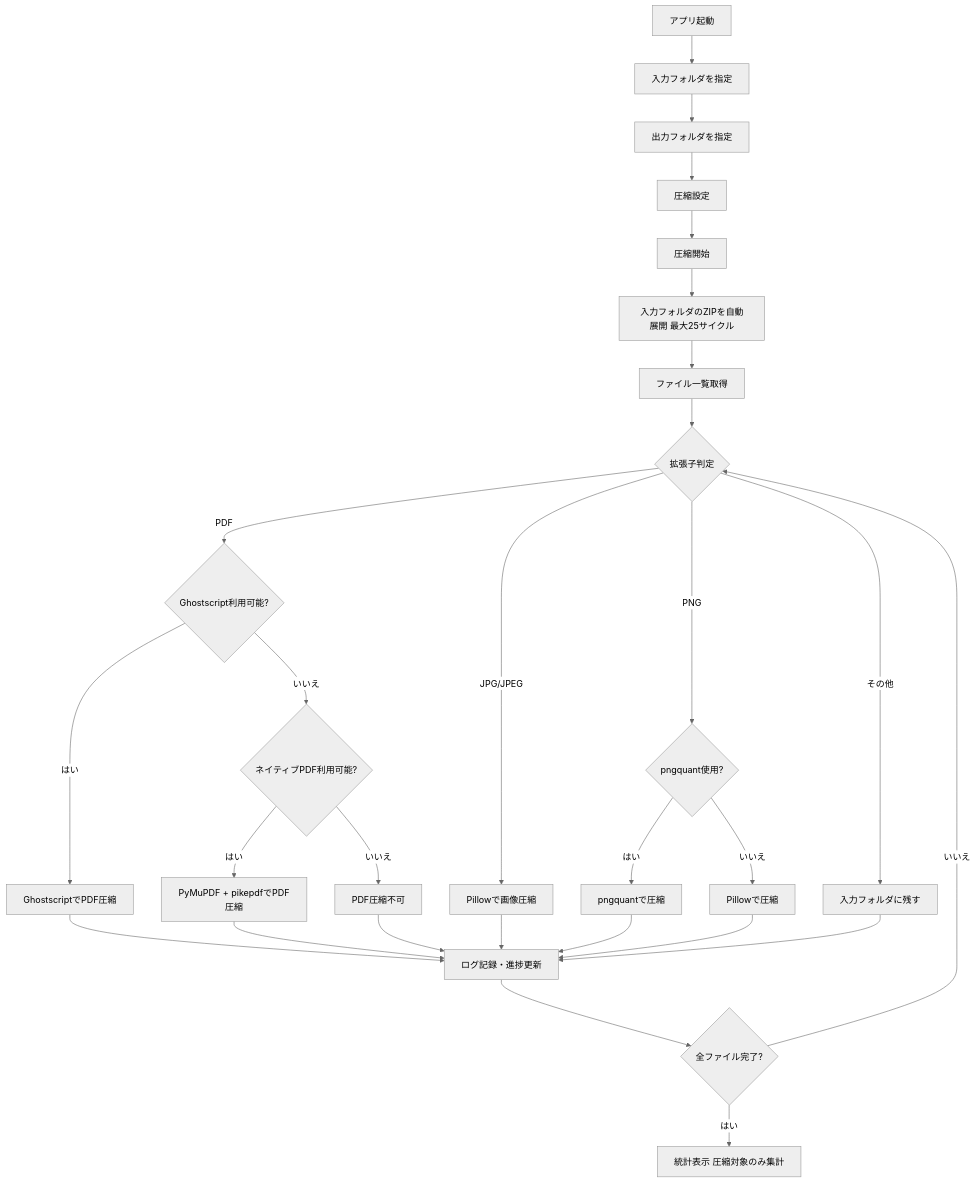
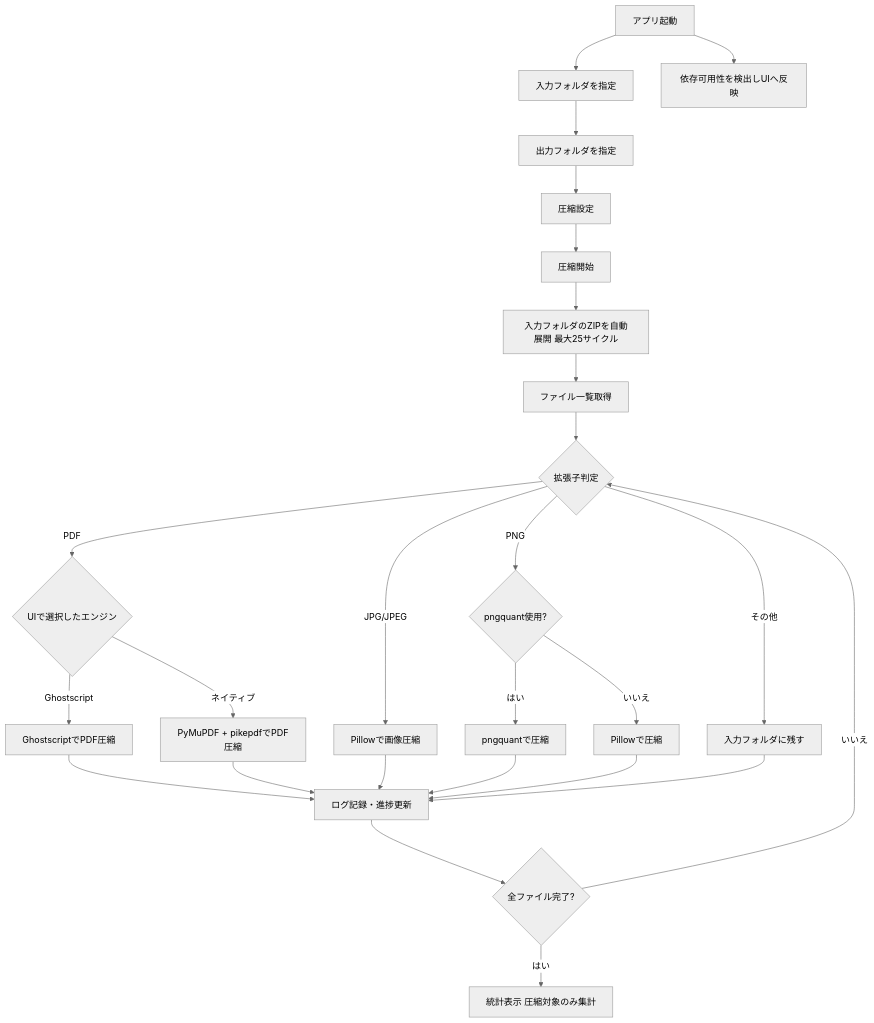
The first of 3 diagrams in Documentation/flow_sequence_and_class_diagrams.md (sho-kawasaki-dd/pjp_compressor_v2), drawn with Mermaid (neutral theme) before and after one commit. The commit also changed other lines of this file and 4 other files, not shown here.

````diff
--- a/Documentation/flow_sequence_and_class_diagrams.md
+++ b/Documentation/flow_sequence_and_class_diagrams.md
@@ -5,30 +5,28 @@
 ```mermaid
 flowchart TD
   A[アプリ起動] --> B[入力フォルダを指定]
+    A --> A1[依存可用性を検出しUIへ反映]
   B --> C[出力フォルダを指定]
   C --> D[圧縮設定]
   D --> E[圧縮開始]
   E --> F[入力フォルダのZIPを自動展開 最大25サイクル]
   F --> G[ファイル一覧取得]
   G --> H{拡張子判定}
-  H -- PDF --> I{Ghostscript利用可能?}
-  I -- はい --> J[GhostscriptでPDF圧縮]
-    I -- いいえ --> K{ネイティブPDF利用可能?}
-    K -- はい --> L[PyMuPDF + pikepdfでPDF圧縮]
-  K -- いいえ --> M[PDF圧縮不可]
+    H -- PDF --> I{UIで選択したエンジン}
+    I -- Ghostscript --> J[GhostscriptでPDF圧縮]
+    I -- ネイティブ --> L[PyMuPDF + pikepdfでPDF圧縮]
   H -- JPG/JPEG --> N[Pillowで画像圧縮]
   H -- PNG --> O{pngquant使用?}
   O -- はい --> P[pngquantで圧縮]
   O -- いいえ --> Q[Pillowで圧縮]
   H -- その他 --> R[入力フォルダに残す]
   J --> S[ログ記録・進捗更新]
   L --> S
-  M --> S
   N --> S
   P --> S
   Q --> S
   R --> S
   S --> T{全ファイル完了?}
   T -- いいえ --> H
   T -- はい --> U[統計表示 圧縮対象のみ集計]
 ```
````
